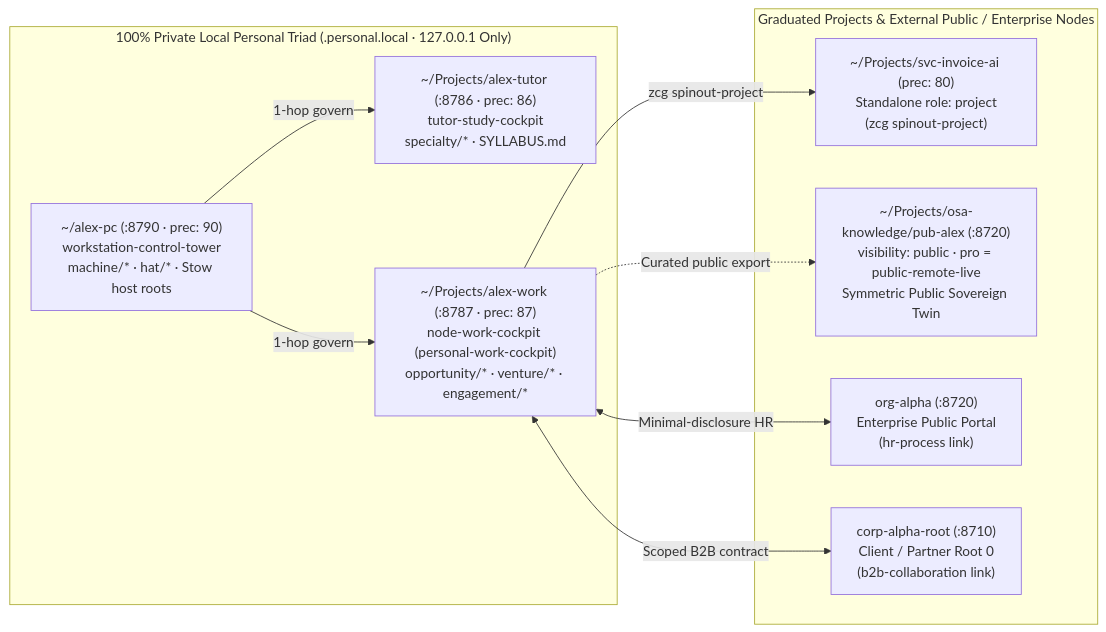
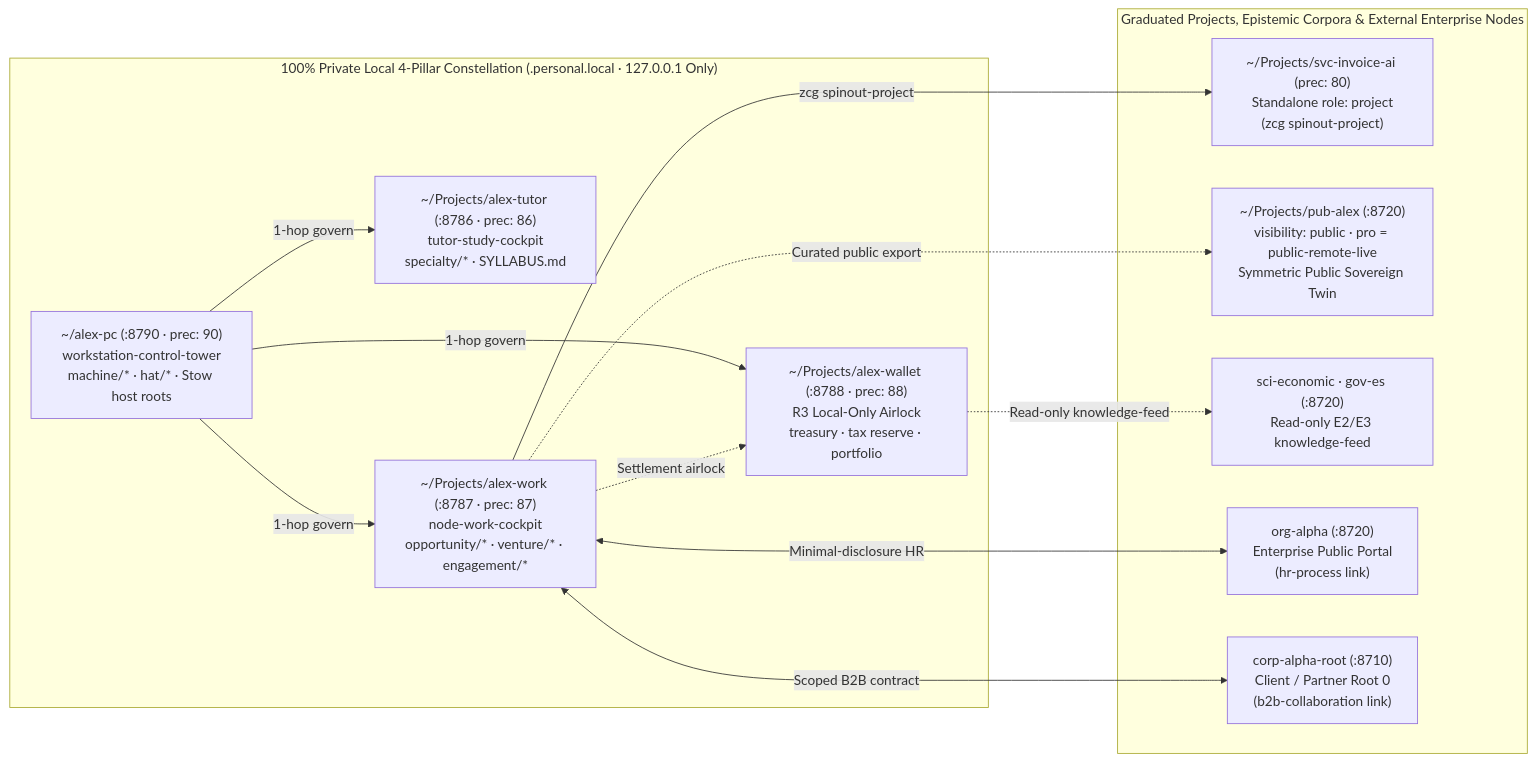
The diagram in docs/guides/07_personal_work_and_b2b_links.md (mtwuser/zero-cloud-gravity), drawn with Mermaid before and after one commit. The commit also changed other lines of this file and 101 other files, not shown here.

````diff
--- a/docs/guides/07_personal_work_and_b2b_links.md
+++ b/docs/guides/07_personal_work_and_b2b_links.md
@@ -17,21 +17,26 @@
 ```mermaid
 flowchart LR
-    subgraph PRIV["100% Private Local Personal Triad (.personal.local · 127.0.0.1 Only)"]
+    subgraph PRIV["100% Private Local 4-Pillar Constellation (.personal.local · 127.0.0.1 Only)"]
         PC["~/alex-pc (:8790 · prec: 90)\nworkstation-control-tower\nmachine/* · hat/* · Stow host roots"]
         TUT["~/Projects/alex-tutor (:8786 · prec: 86)\ntutor-study-cockpit\nspecialty/* · SYLLABUS.md"]
-        WRK["~/Projects/alex-work (:8787 · prec: 87)\nnode-work-cockpit (personal-work-cockpit)\nopportunity/* · venture/* · engagement/*"]
+        WRK["~/Projects/alex-work (:8787 · prec: 87)\nnode-work-cockpit\nopportunity/* · venture/* · engagement/*"]
+        WAL["~/Projects/alex-wallet (:8788 · prec: 88)\nR3 Local-Only Airlock\ntreasury · tax reserve · portfolio"]
         PC -->|"1-hop govern"| TUT
         PC -->|"1-hop govern"| WRK
+        PC -->|"1-hop govern"| WAL
+        WRK -.->|"Settlement airlock"| WAL
     end
-    subgraph OUT["Graduated Projects & External Public / Enterprise Nodes"]
+    subgraph OUT["Graduated Projects, Epistemic Corpora & External Enterprise Nodes"]
         PRJ["~/Projects/svc-invoice-ai (prec: 80)\nStandalone role: project\n(zcg spinout-project)"]
-        PUB["~/Projects/osa-knowledge/pub-alex (:8720)\nvisibility: public · pro = public-remote-live\nSymmetric Public Sovereign Twin"]
+        PUB["~/Projects/pub-alex (:8720)\nvisibility: public · pro = public-remote-live\nSymmetric Public Sovereign Twin"]
+        KNO["sci-economic · gov-es (:8720)\nRead-only E2/E3 knowledge-feed"]
         ORG["org-alpha (:8720)\nEnterprise Public Portal\n(hr-process link)"]
         CORP["corp-alpha-root (:8710)\nClient / Partner Root 0\n(b2b-collaboration link)"]
     end
 
+    WAL -.->|"Read-only knowledge-feed"| KNO
     WRK -->|"zcg spinout-project"| PRJ
     WRK -.->|"Curated public export"| PUB
     WRK <-->|"Minimal-disclosure HR"| ORG
     WRK <-->|"Scoped B2B contract"| CORP
 ```
````
